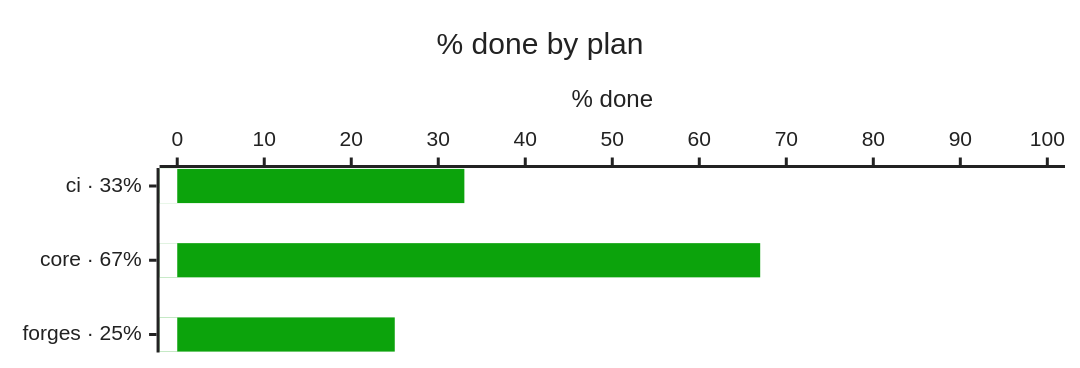
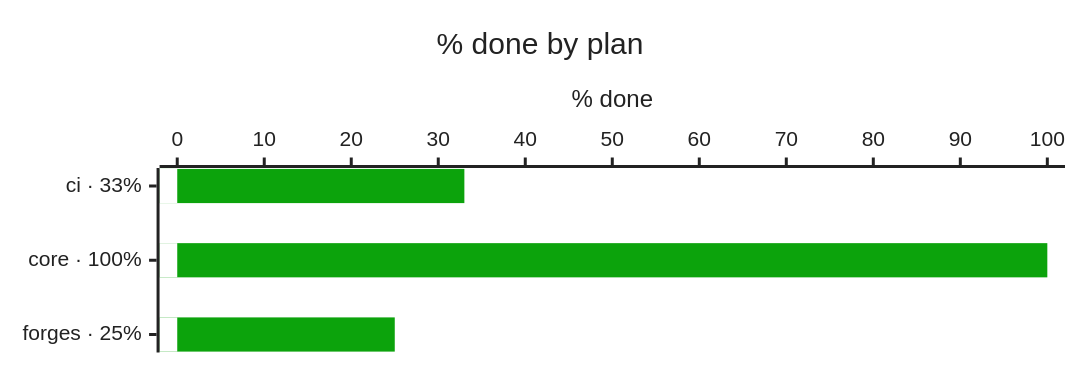
One commit to bvraghav/pmtrack changed the third of 4 diagrams in progress/README.md. Above: the diagram before and after it, drawn with Mermaid. The commit also changed other lines of this file and 5 other files, not shown here.

````diff
--- a/progress/README.md
+++ b/progress/README.md
@@ -32,9 +32,9 @@
 ```mermaid
 %%{init: {"themeVariables": {"xyChart": {"backgroundColor": "#ffffff", "titleColor": "#222222", "plotColorPalette": "#0ca30c,#ffffff", "xAxisLabelColor": "#222222", "xAxisTitleColor": "#222222", "xAxisTickColor": "#222222", "xAxisLineColor": "#222222", "yAxisLabelColor": "#222222", "yAxisTitleColor": "#222222", "yAxisTickColor": "#222222", "yAxisLineColor": "#222222"}}, "xyChart": {"height": 225}}}%%
 xychart-beta horizontal
   title "% done by plan"
-  x-axis ["ci · 33%", "core · 67%", "forges · 25%"]
+  x-axis ["ci · 33%", "core · 100%", "forges · 25%"]
   y-axis "% done" 0 --> 100
-  bar [33, 67, 25]
+  bar [33, 100, 25]
   bar [0, 0, 0]
 ```
````
